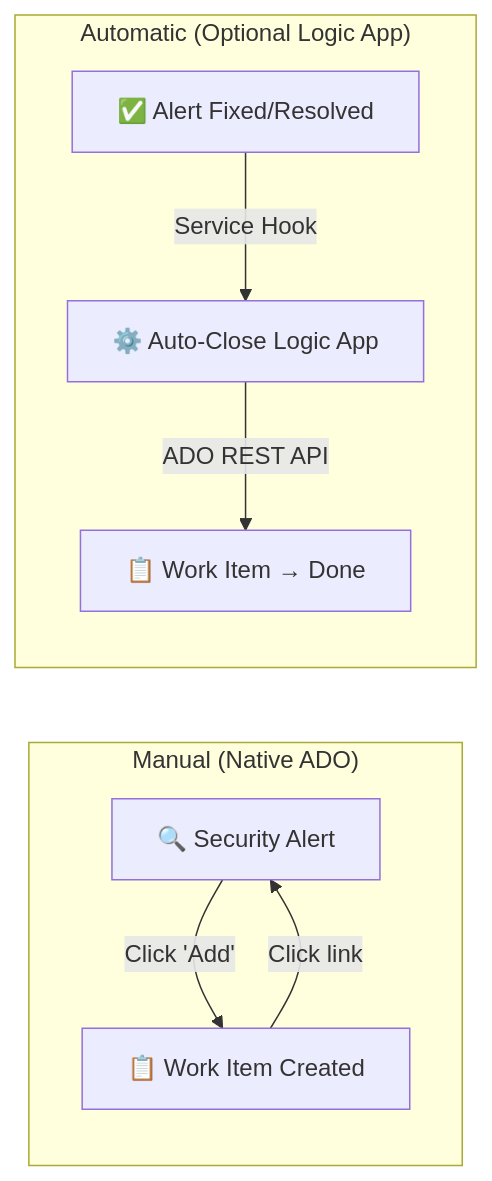
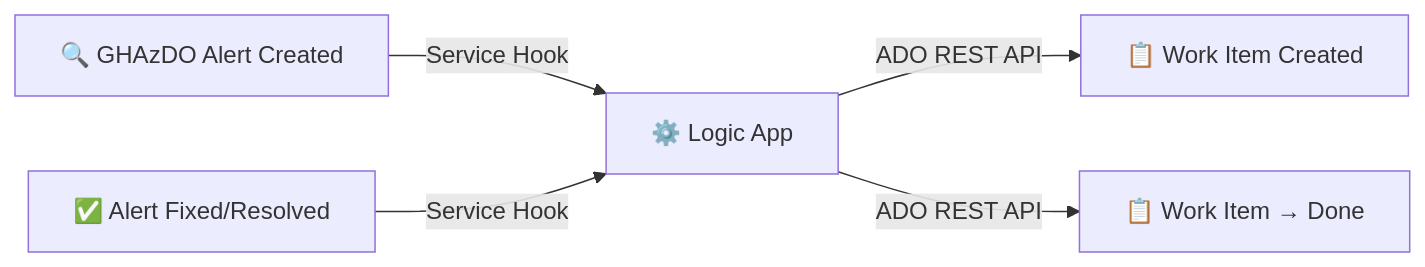
One commit to sautalwar/ghas-ado-logic-app changed the diagram in README.md. Above: the diagram before and after it, drawn with Mermaid. The commit also changed other lines of this file and 151 other files, not shown here.

````diff
--- a/README.md
+++ b/README.md
@@ -20,12 +17,7 @@
 ```mermaid
 flowchart LR
-    subgraph "Manual (Native ADO)"
-        A["🔍 Security Alert"] -->|"Click 'Add'"| B["📋 Work Item Created"]
-        B -->|"Click link"| A
-    end
-
-    subgraph "Automatic (Optional Logic App)"
-        C["✅ Alert Fixed/Resolved"] -->|"Service Hook"| D["⚙️ Auto-Close Logic App"]
-        D -->|"ADO REST API"| E["📋 Work Item → Done"]
-    end
+    A["🔍 GHAzDO Alert Created"] -->|"Service Hook"| B["⚙️ Logic App"]
+    B -->|"ADO REST API"| C["📋 Work Item Created"]
+    D["✅ Alert Fixed/Resolved"] -->|"Service Hook"| B
+    B -->|"ADO REST API"| E["📋 Work Item → Done"]
 ```
````
